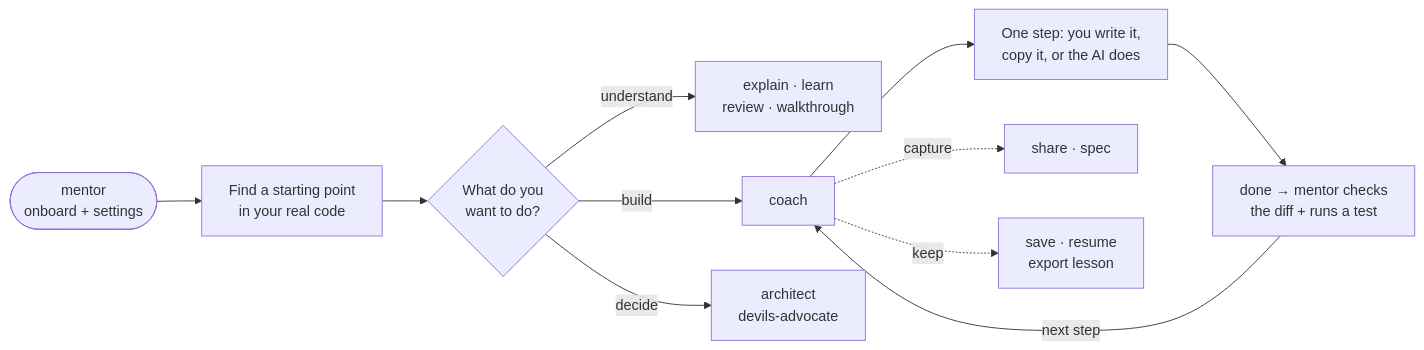
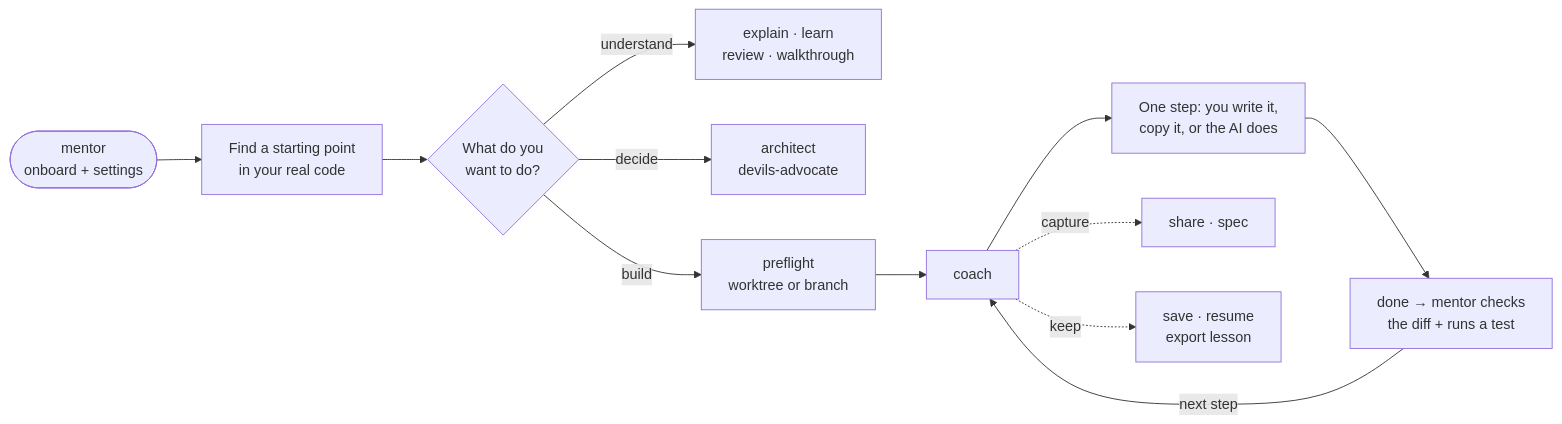
Before and after one commit to SirL0fty/dev-mentor: the diagram in README.md, drawn with Mermaid. The commit also changed other lines of this file and 9 other files, not shown here.

````diff
--- a/README.md
+++ b/README.md
@@ -78,12 +78,12 @@
 ```mermaid
 flowchart LR
     Start(["mentor<br/>onboard + settings"]) --> Where["Find a starting point<br/>in your real code"]
     Where --> Pick{"What do you<br/>want to do?"}
     Pick -->|understand| U["explain · learn<br/>review · walkthrough"]
-    Pick -->|build| C["coach"]
     Pick -->|decide| D["architect<br/>devils-advocate"]
+    Pick -->|build| PF["preflight<br/>worktree or branch"] --> C["coach"]
     C --> Edit["One step: you write it,<br/>copy it, or the AI does"] --> Check["done → mentor checks<br/>the diff + runs a test"]
     Check -->|next step| C
     C -. capture .-> S["share · spec"]
     C -. keep .-> L["save · resume<br/>export lesson"]
 ```
````
